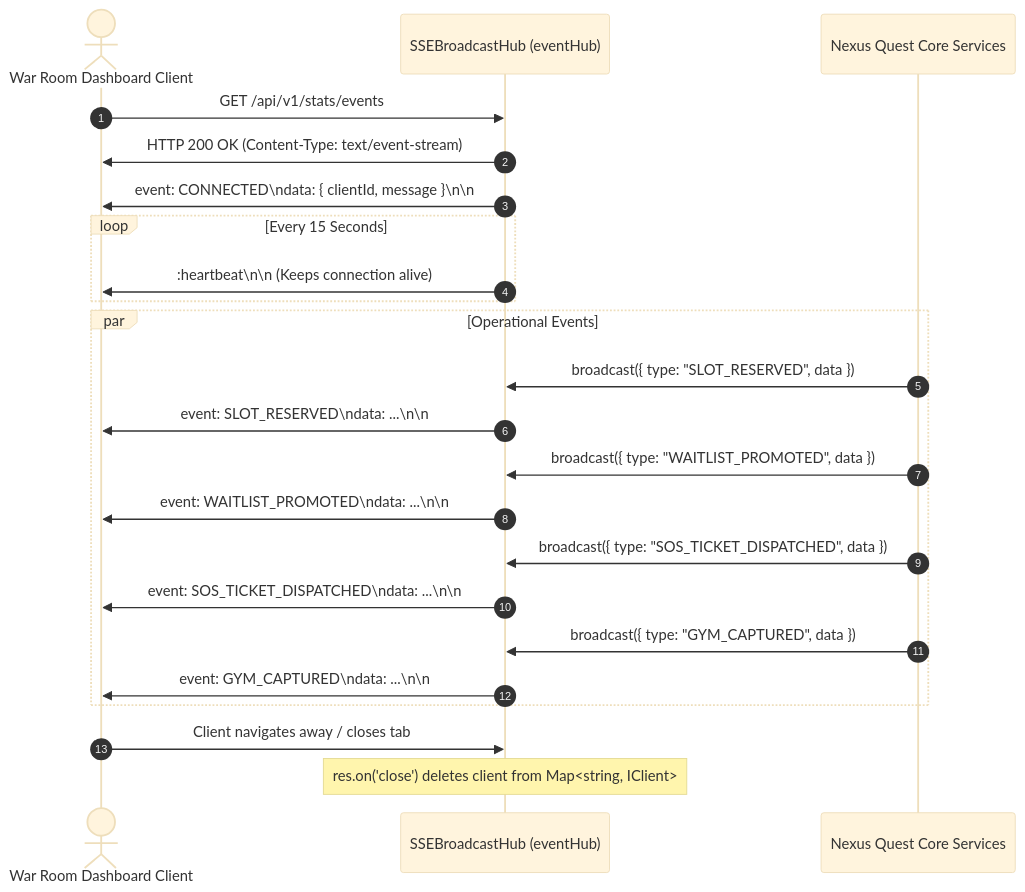
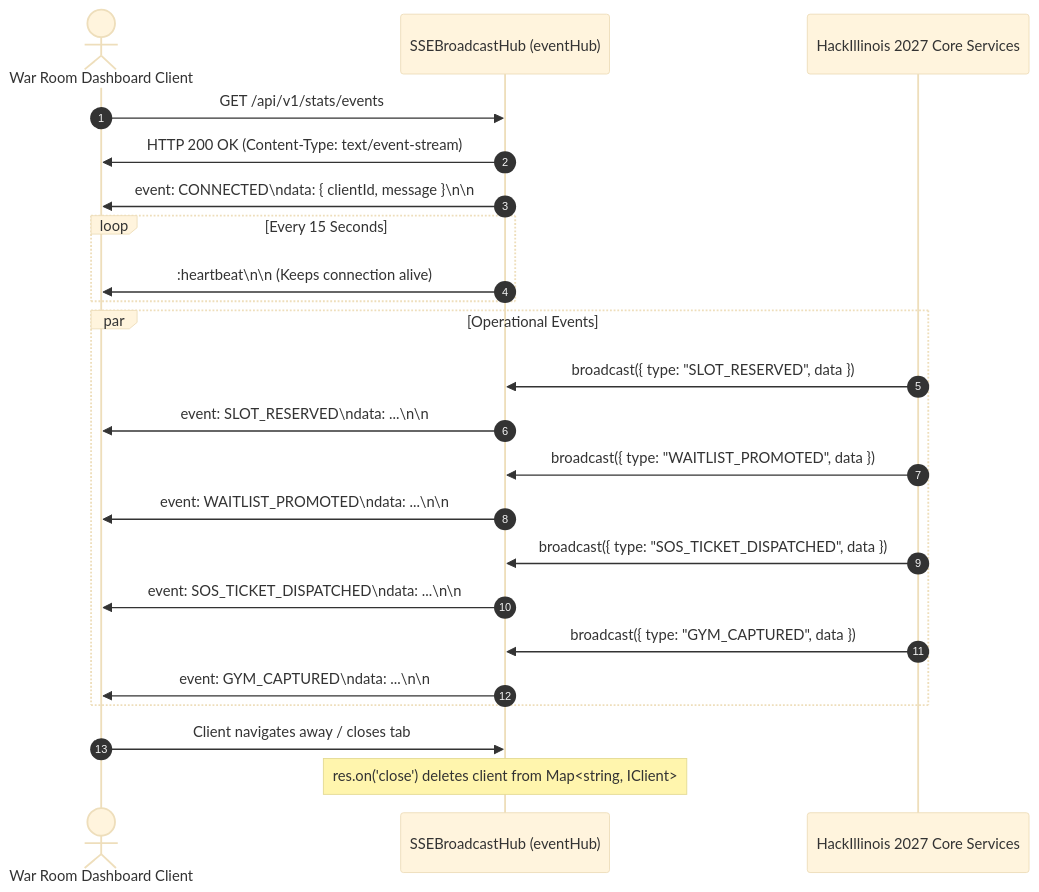
One commit to aritroBh/HackIllinois-2027-Systems-Coding-Challenge changed diagram 11 of 11 in ARCHITECTURE.md. Above: the diagram before and after it, drawn with Mermaid (base theme). The commit also changed other lines of this file and 15 other files, not shown here.

````diff
--- a/ARCHITECTURE.md
+++ b/ARCHITECTURE.md
@@ -752,29 +752,29 @@
 ```mermaid
 sequenceDiagram
     autonumber
     actor Browser as War Room Dashboard Client
     participant SSE as SSEBroadcastHub (eventHub)
-    participant Engine as Nexus Quest Core Services
+    participant Engine as HackIllinois 2027 Core Services
 
     Browser->>SSE: GET /api/v1/stats/events
     SSE->>Browser: HTTP 200 OK (Content-Type: text/event-stream)
     SSE->>Browser: event: CONNECTED\ndata: { clientId, message }\n\n
 
     loop Every 15 Seconds
         SSE->>Browser: :heartbeat\n\n (Keeps connection alive)
     end
 
     par Operational Events
         Engine->>SSE: broadcast({ type: "SLOT_RESERVED", data })
         SSE->>Browser: event: SLOT_RESERVED\ndata: ...\n\n
         Engine->>SSE: broadcast({ type: "WAITLIST_PROMOTED", data })
         SSE->>Browser: event: WAITLIST_PROMOTED\ndata: ...\n\n
         Engine->>SSE: broadcast({ type: "SOS_TICKET_DISPATCHED", data })
         SSE->>Browser: event: SOS_TICKET_DISPATCHED\ndata: ...\n\n
         Engine->>SSE: broadcast({ type: "GYM_CAPTURED", data })
         SSE->>Browser: event: GYM_CAPTURED\ndata: ...\n\n
     end
 
     Browser->>SSE: Client navigates away / closes tab
     Note over SSE: res.on('close') deletes client from Map<string, IClient>
 ```
````
